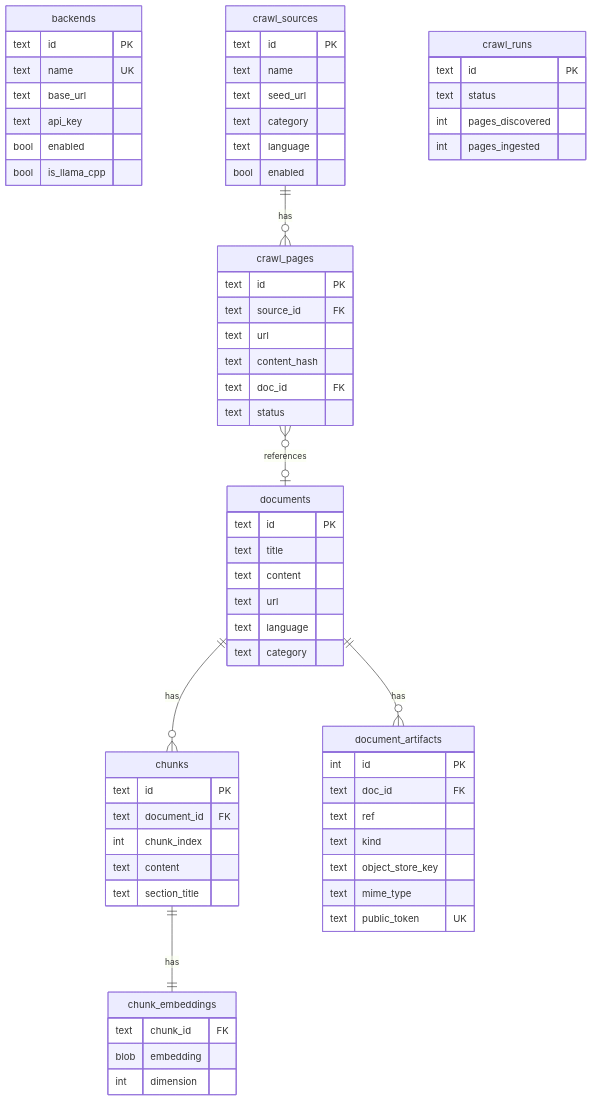
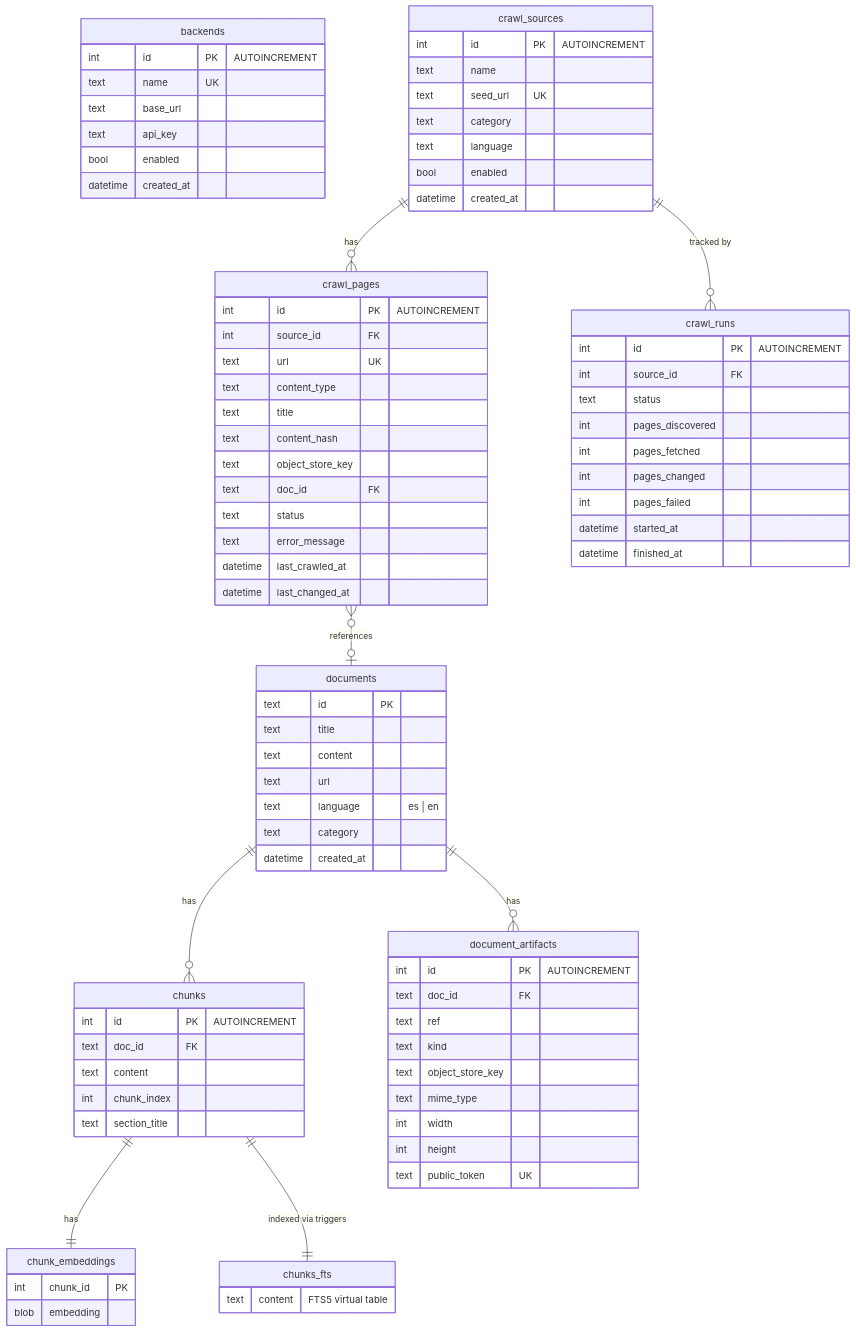
One commit to klnstprx/etsi-rag changed the eighth of 8 diagrams in docs/diagrams.md. Above: the diagram before and after it, drawn with Mermaid. The commit also changed other lines of this file and 2 other files, not shown here.

````diff
--- a/docs/diagrams.md
+++ b/docs/diagrams.md
@@ -241,71 +278,91 @@
         text title
         text content
         text url
-        text language
+        text language "es | en"
         text category
+        datetime created_at
     }
 
     chunks {
-        text id PK
-        text document_id FK
+        int id PK "AUTOINCREMENT"
+        text doc_id FK
+        text content
         int chunk_index
-        text content
         text section_title
     }
 
+    chunks_fts {
+        text content "FTS5 virtual table"
+    }
+
     chunk_embeddings {
-        text chunk_id FK
+        int chunk_id PK
         blob embedding
-        int dimension
     }
 
     backends {
-        text id PK
+        int id PK "AUTOINCREMENT"
         text name UK
         text base_url
         text api_key
         bool enabled
-        bool is_llama_cpp
+        datetime created_at
     }
 
     crawl_sources {
-        text id PK
+        int id PK "AUTOINCREMENT"
         text name
-        text seed_url
+        text seed_url UK
         text category
         text language
         bool enabled
+        datetime created_at
     }
 
     crawl_pages {
-        text id PK
-        text source_id FK
-        text url
+        int id PK "AUTOINCREMENT"
+        int source_id FK
+        text url UK
+        text content_type
+        text title
         text content_hash
+        text object_store_key
         text doc_id FK
         text status
+        text error_message
+        datetime last_crawled_at
+        datetime last_changed_at
     }
 
     crawl_runs {
-        text id PK
+        int id PK "AUTOINCREMENT"
+        int source_id FK
         text status
         int pages_discovered
-        int pages_ingested
+        int pages_fetched
+        int pages_changed
+        int pages_failed
+        datetime started_at
+        datetime finished_at
     }
 
     document_artifacts {
-        int id PK
+        int id PK "AUTOINCREMENT"
         text doc_id FK
         text ref
         text kind
         text object_store_key
         text mime_type
+        int width
+        int height
         text public_token UK
     }
 
     documents ||--o{ chunks : "has"
     chunks ||--|| chunk_embeddings : "has"
+    chunks ||--|| chunks_fts : "indexed via triggers"
     documents ||--o{ document_artifacts : "has"
     crawl_sources ||--o{ crawl_pages : "has"
+    crawl_sources ||--o{ crawl_runs : "tracked by"
     crawl_pages }o--o| documents : "references"
 ```
````
